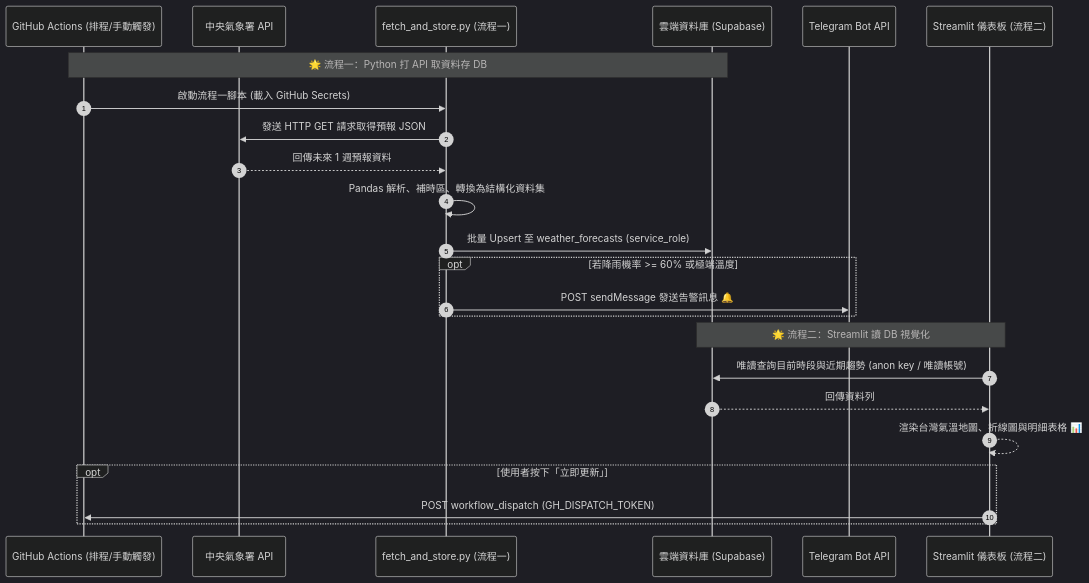
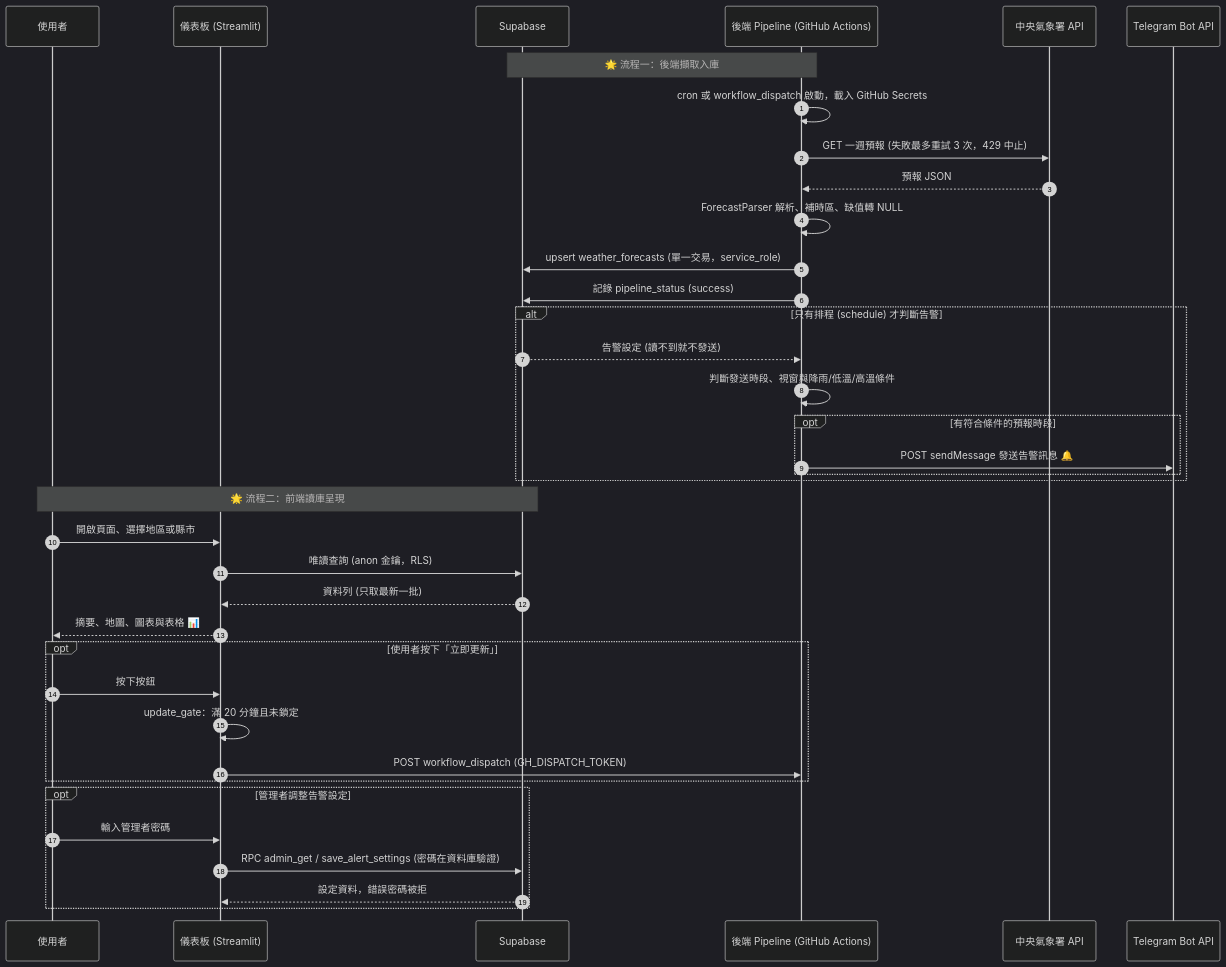
One commit to hobartXIII/tw_forecast changed the second of 2 diagrams in forecast/SPECIFICATION.md. Above: the diagram before and after it, drawn with Mermaid (dark theme). The commit also changed other lines of this file and 4 other files, not shown here.

First line of the commit message:
重繪架構圖與時序圖、更新規格書流程圖、移除舊版檢視頁

````diff
--- a/forecast/SPECIFICATION.md
+++ b/forecast/SPECIFICATION.md
@@ -103,28 +126,41 @@
 ```mermaid
 sequenceDiagram
     autonumber
-    participant GHA as GitHub Actions (排程/手動觸發)
+    participant U as 使用者
+    participant FE as 儀表板 (Streamlit)
+    participant DB as Supabase
+    participant BE as 後端 Pipeline (GitHub Actions)
     participant CWA as 中央氣象署 API
-    participant P1 as fetch_and_store.py (流程一)
-    participant DB as 雲端資料庫 (Supabase)
-    participant GC as Telegram Bot API
-    participant FE as Streamlit 儀表板 (流程二)
+    participant TG as Telegram Bot API
 
-    Note over GHA,DB: 🌟 流程一：Python 打 API 取資料存 DB
-    GHA->>P1: 啟動流程一腳本 (載入 GitHub Secrets)
-    P1->>CWA: 發送 HTTP GET 請求取得預報 JSON
-    CWA-->>P1: 回傳未來 1 週預報資料
-    P1->>P1: Pandas 解析、補時區、轉換為結構化資料集
-    P1->>DB: 批量 Upsert 至 weather_forecasts (service_role)
-    opt 若降雨機率 >= 60% 或極端溫度
-        P1->>GC: POST sendMessage 發送告警訊息 🔔
+    Note over BE,DB: 🌟 流程一：後端擷取入庫
+    BE->>BE: cron 或 workflow_dispatch 啟動，載入 GitHub Secrets
+    BE->>CWA: GET 一週預報 (失敗最多重試 3 次，429 中止)
+    CWA-->>BE: 預報 JSON
+    BE->>BE: ForecastParser 解析、補時區、缺值轉 NULL
+    BE->>DB: upsert weather_forecasts (單一交易，service_role)
+    BE->>DB: 記錄 pipeline_status (success)
+    alt 只有排程 (schedule) 才判斷告警
+        DB-->>BE: 告警設定 (讀不到就不發送)
+        BE->>BE: 判斷發送時段、視窗與降雨/低溫/高溫條件
+        opt 有符合條件的預報時段
+            BE->>TG: POST sendMessage 發送告警訊息 🔔
+        end
     end
 
-    Note over DB,FE: 🌟 流程二：Streamlit 讀 DB 視覺化
-    FE->>DB: 唯讀查詢目前時段與近期趨勢 (anon key / 唯讀帳號)
-    DB-->>FE: 回傳資料列
-    FE-->>FE: 渲染台灣氣溫地圖、折線圖與明細表格 📊
+    Note over U,DB: 🌟 流程二：前端讀庫呈現
+    U->>FE: 開啟頁面、選擇地區或縣市
+    FE->>DB: 唯讀查詢 (anon 金鑰，RLS)
+    DB-->>FE: 資料列 (只取最新一批)
+    FE-->>U: 摘要、地圖、圖表與表格 📊
     opt 使用者按下「立即更新」
-        FE->>GHA: POST workflow_dispatch (GH_DISPATCH_TOKEN)
+        U->>FE: 按下按鈕
+        FE->>FE: update_gate：滿 20 分鐘且未鎖定
+        FE->>BE: POST workflow_dispatch (GH_DISPATCH_TOKEN)
+    end
+    opt 管理者調整告警設定
+        U->>FE: 輸入管理者密碼
+        FE->>DB: RPC admin_get / save_alert_settings (密碼在資料庫驗證)
+        DB-->>FE: 設定資料，錯誤密碼被拒
     end
 ```
````
